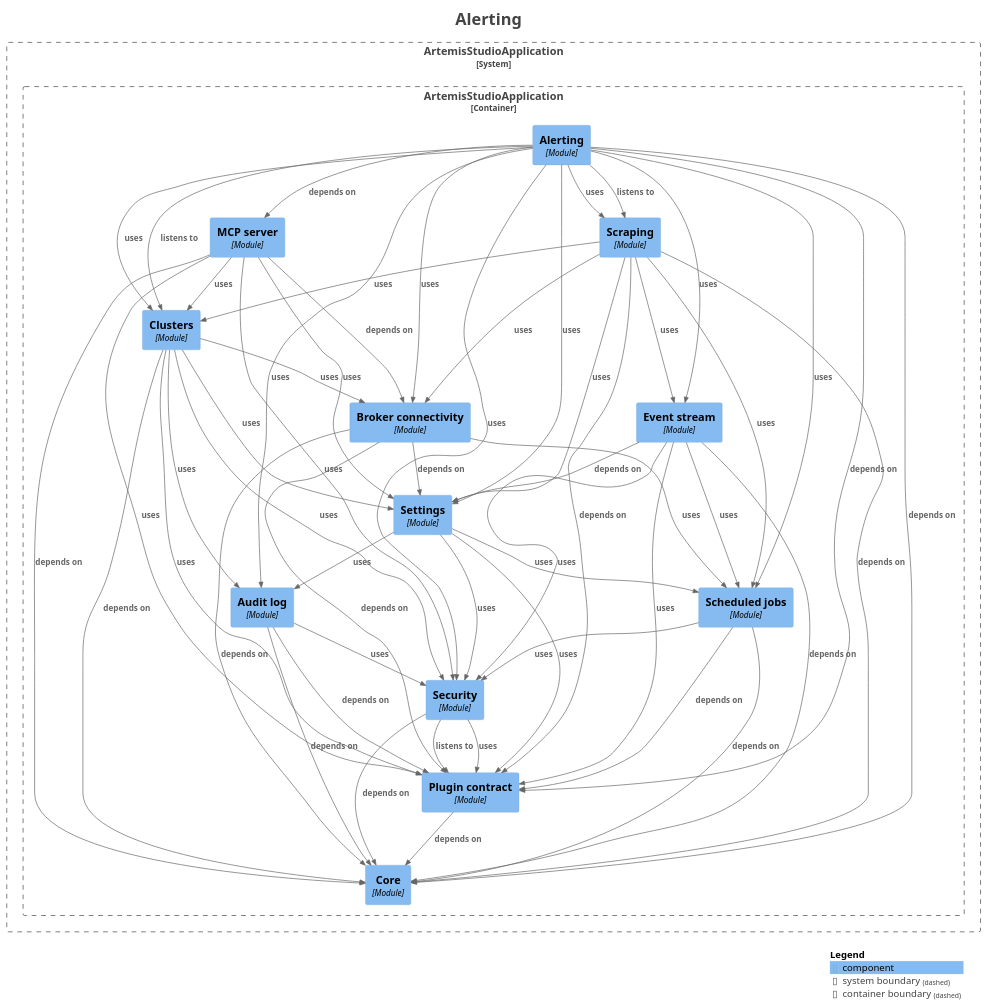
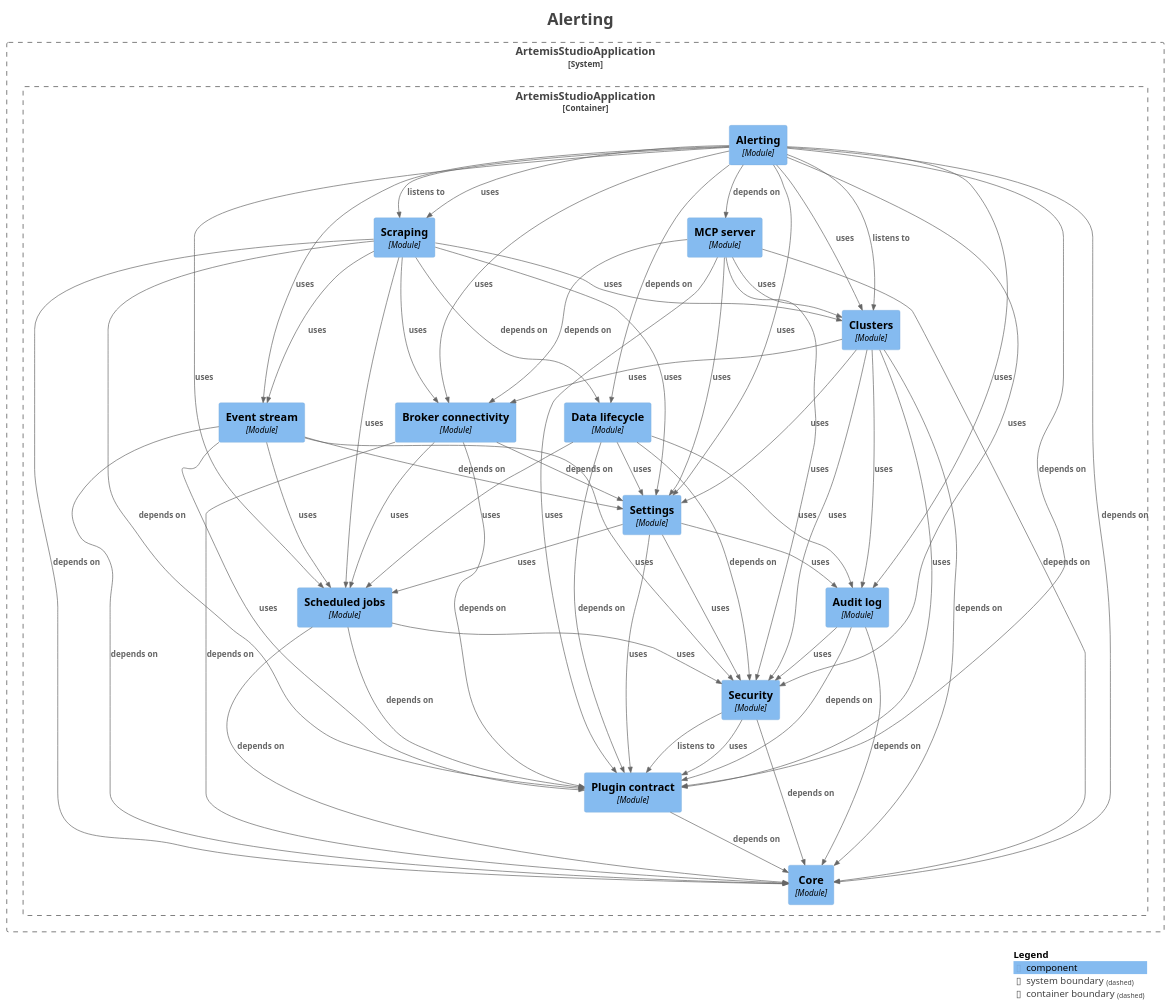
One commit to sudoitir/artemis-studio changed the diagram in docs/modules/module-feature.alerting.puml. Above: the diagram before and after it, drawn with PlantUML. The commit also changed 96 other files, not shown here.

```diff
--- a/docs/modules/module-feature.alerting.puml
+++ b/docs/modules/module-feature.alerting.puml
@@ -1,94 +1,102 @@
 @startuml
 title <size:24>Alerting</size>
 
 set separator none
 top to bottom direction
 
 <style>
   root {
     BackgroundColor: #ffffff
     FontColor: #444444
   }
 </style>
 
 !include <C4/C4>
 !include <C4/C4_Context>
 !include <C4/C4_Component>
 
 System_Boundary("ArtemisStudioApplication_boundary", "ArtemisStudioApplication", $tags="") {
   Container_Boundary("ArtemisStudioApplication.ArtemisStudioApplication_boundary", "ArtemisStudioApplication", $tags="") {
     Component(ArtemisStudioApplication.ArtemisStudioApplication.Settings, "Settings", $techn="Module", $descr="", $tags="", $link="")
+    Component(ArtemisStudioApplication.ArtemisStudioApplication.Datalifecycle, "Data lifecycle", $techn="Module", $descr="", $tags="", $link="")
     Component(ArtemisStudioApplication.ArtemisStudioApplication.Eventstream, "Event stream", $techn="Module", $descr="", $tags="", $link="")
     Component(ArtemisStudioApplication.ArtemisStudioApplication.Brokerconnectivity, "Broker connectivity", $techn="Module", $descr="", $tags="", $link="")
     Component(ArtemisStudioApplication.ArtemisStudioApplication.Clusters, "Clusters", $techn="Module", $descr="", $tags="", $link="")
     Component(ArtemisStudioApplication.ArtemisStudioApplication.MCPserver, "MCP server", $techn="Module", $descr="", $tags="", $link="")
     Component(ArtemisStudioApplication.ArtemisStudioApplication.Scraping, "Scraping", $techn="Module", $descr="", $tags="", $link="")
     Component(ArtemisStudioApplication.ArtemisStudioApplication.Alerting, "Alerting", $techn="Module", $descr="", $tags="", $link="")
     Component(ArtemisStudioApplication.ArtemisStudioApplication.Core, "Core", $techn="Module", $descr="", $tags="", $link="")
     Component(ArtemisStudioApplication.ArtemisStudioApplication.Plugincontract, "Plugin contract", $techn="Module", $descr="", $tags="", $link="")
     Component(ArtemisStudioApplication.ArtemisStudioApplication.Security, "Security", $techn="Module", $descr="", $tags="", $link="")
     Component(ArtemisStudioApplication.ArtemisStudioApplication.Auditlog, "Audit log", $techn="Module", $descr="", $tags="", $link="")
     Component(ArtemisStudioApplication.ArtemisStudioApplication.Scheduledjobs, "Scheduled jobs", $techn="Module", $descr="", $tags="", $link="")
   }
 
 }
 
 Rel(ArtemisStudioApplication.ArtemisStudioApplication.Alerting, ArtemisStudioApplication.ArtemisStudioApplication.Auditlog, "uses", $techn="", $tags="", $link="")
 Rel(ArtemisStudioApplication.ArtemisStudioApplication.Alerting, ArtemisStudioApplication.ArtemisStudioApplication.Brokerconnectivity, "uses", $techn="", $tags="", $link="")
 Rel(ArtemisStudioApplication.ArtemisStudioApplication.Alerting, ArtemisStudioApplication.ArtemisStudioApplication.Clusters, "listens to", $techn="", $tags="", $link="")
 Rel(ArtemisStudioApplication.ArtemisStudioApplication.Alerting, ArtemisStudioApplication.ArtemisStudioApplication.Clusters, "uses", $techn="", $tags="", $link="")
 Rel(ArtemisStudioApplication.ArtemisStudioApplication.Alerting, ArtemisStudioApplication.ArtemisStudioApplication.Core, "depends on", $techn="", $tags="", $link="")
+Rel(ArtemisStudioApplication.ArtemisStudioApplication.Alerting, ArtemisStudioApplication.ArtemisStudioApplication.Datalifecycle, "depends on", $techn="", $tags="", $link="")
 Rel(ArtemisStudioApplication.ArtemisStudioApplication.Alerting, ArtemisStudioApplication.ArtemisStudioApplication.Eventstream, "uses", $techn="", $tags="", $link="")
 Rel(ArtemisStudioApplication.ArtemisStudioApplication.Alerting, ArtemisStudioApplication.ArtemisStudioApplication.MCPserver, "depends on", $techn="", $tags="", $link="")
 Rel(ArtemisStudioApplication.ArtemisStudioApplication.Alerting, ArtemisStudioApplication.ArtemisStudioApplication.Plugincontract, "depends on", $techn="", $tags="", $link="")
 Rel(ArtemisStudioApplication.ArtemisStudioApplication.Alerting, ArtemisStudioApplication.ArtemisStudioApplication.Scheduledjobs, "uses", $techn="", $tags="", $link="")
 Rel(ArtemisStudioApplication.ArtemisStudioApplication.Alerting, ArtemisStudioApplication.ArtemisStudioApplication.Scraping, "listens to", $techn="", $tags="", $link="")
 Rel(ArtemisStudioApplication.ArtemisStudioApplication.Alerting, ArtemisStudioApplication.ArtemisStudioApplication.Scraping, "uses", $techn="", $tags="", $link="")
 Rel(ArtemisStudioApplication.ArtemisStudioApplication.Alerting, ArtemisStudioApplication.ArtemisStudioApplication.Security, "uses", $techn="", $tags="", $link="")
 Rel(ArtemisStudioApplication.ArtemisStudioApplication.Alerting, ArtemisStudioApplication.ArtemisStudioApplication.Settings, "uses", $techn="", $tags="", $link="")
 Rel(ArtemisStudioApplication.ArtemisStudioApplication.Auditlog, ArtemisStudioApplication.ArtemisStudioApplication.Core, "depends on", $techn="", $tags="", $link="")
 Rel(ArtemisStudioApplication.ArtemisStudioApplication.Auditlog, ArtemisStudioApplication.ArtemisStudioApplication.Plugincontract, "depends on", $techn="", $tags="", $link="")
 Rel(ArtemisStudioApplication.ArtemisStudioApplication.Auditlog, ArtemisStudioApplication.ArtemisStudioApplication.Security, "uses", $techn="", $tags="", $link="")
 Rel(ArtemisStudioApplication.ArtemisStudioApplication.Brokerconnectivity, ArtemisStudioApplication.ArtemisStudioApplication.Core, "depends on", $techn="", $tags="", $link="")
 Rel(ArtemisStudioApplication.ArtemisStudioApplication.Brokerconnectivity, ArtemisStudioApplication.ArtemisStudioApplication.Plugincontract, "depends on", $techn="", $tags="", $link="")
 Rel(ArtemisStudioApplication.ArtemisStudioApplication.Brokerconnectivity, ArtemisStudioApplication.ArtemisStudioApplication.Scheduledjobs, "uses", $techn="", $tags="", $link="")
 Rel(ArtemisStudioApplication.ArtemisStudioApplication.Brokerconnectivity, ArtemisStudioApplication.ArtemisStudioApplication.Settings, "depends on", $techn="", $tags="", $link="")
 Rel(ArtemisStudioApplication.ArtemisStudioApplication.Clusters, ArtemisStudioApplication.ArtemisStudioApplication.Auditlog, "uses", $techn="", $tags="", $link="")
 Rel(ArtemisStudioApplication.ArtemisStudioApplication.Clusters, ArtemisStudioApplication.ArtemisStudioApplication.Brokerconnectivity, "uses", $techn="", $tags="", $link="")
 Rel(ArtemisStudioApplication.ArtemisStudioApplication.Clusters, ArtemisStudioApplication.ArtemisStudioApplication.Core, "depends on", $techn="", $tags="", $link="")
 Rel(ArtemisStudioApplication.ArtemisStudioApplication.Clusters, ArtemisStudioApplication.ArtemisStudioApplication.Plugincontract, "uses", $techn="", $tags="", $link="")
 Rel(ArtemisStudioApplication.ArtemisStudioApplication.Clusters, ArtemisStudioApplication.ArtemisStudioApplication.Security, "uses", $techn="", $tags="", $link="")
 Rel(ArtemisStudioApplication.ArtemisStudioApplication.Clusters, ArtemisStudioApplication.ArtemisStudioApplication.Settings, "uses", $techn="", $tags="", $link="")
+Rel(ArtemisStudioApplication.ArtemisStudioApplication.Datalifecycle, ArtemisStudioApplication.ArtemisStudioApplication.Auditlog, "uses", $techn="", $tags="", $link="")
+Rel(ArtemisStudioApplication.ArtemisStudioApplication.Datalifecycle, ArtemisStudioApplication.ArtemisStudioApplication.Plugincontract, "depends on", $techn="", $tags="", $link="")
+Rel(ArtemisStudioApplication.ArtemisStudioApplication.Datalifecycle, ArtemisStudioApplication.ArtemisStudioApplication.Scheduledjobs, "uses", $techn="", $tags="", $link="")
+Rel(ArtemisStudioApplication.ArtemisStudioApplication.Datalifecycle, ArtemisStudioApplication.ArtemisStudioApplication.Security, "depends on", $techn="", $tags="", $link="")
+Rel(ArtemisStudioApplication.ArtemisStudioApplication.Datalifecycle, ArtemisStudioApplication.ArtemisStudioApplication.Settings, "uses", $techn="", $tags="", $link="")
 Rel(ArtemisStudioApplication.ArtemisStudioApplication.Eventstream, ArtemisStudioApplication.ArtemisStudioApplication.Core, "depends on", $techn="", $tags="", $link="")
 Rel(ArtemisStudioApplication.ArtemisStudioApplication.Eventstream, ArtemisStudioApplication.ArtemisStudioApplication.Plugincontract, "uses", $techn="", $tags="", $link="")
 Rel(ArtemisStudioApplication.ArtemisStudioApplication.Eventstream, ArtemisStudioApplication.ArtemisStudioApplication.Scheduledjobs, "uses", $techn="", $tags="", $link="")
 Rel(ArtemisStudioApplication.ArtemisStudioApplication.Eventstream, ArtemisStudioApplication.ArtemisStudioApplication.Security, "uses", $techn="", $tags="", $link="")
 Rel(ArtemisStudioApplication.ArtemisStudioApplication.Eventstream, ArtemisStudioApplication.ArtemisStudioApplication.Settings, "depends on", $techn="", $tags="", $link="")
 Rel(ArtemisStudioApplication.ArtemisStudioApplication.MCPserver, ArtemisStudioApplication.ArtemisStudioApplication.Brokerconnectivity, "depends on", $techn="", $tags="", $link="")
 Rel(ArtemisStudioApplication.ArtemisStudioApplication.MCPserver, ArtemisStudioApplication.ArtemisStudioApplication.Clusters, "uses", $techn="", $tags="", $link="")
 Rel(ArtemisStudioApplication.ArtemisStudioApplication.MCPserver, ArtemisStudioApplication.ArtemisStudioApplication.Core, "depends on", $techn="", $tags="", $link="")
 Rel(ArtemisStudioApplication.ArtemisStudioApplication.MCPserver, ArtemisStudioApplication.ArtemisStudioApplication.Plugincontract, "uses", $techn="", $tags="", $link="")
 Rel(ArtemisStudioApplication.ArtemisStudioApplication.MCPserver, ArtemisStudioApplication.ArtemisStudioApplication.Security, "uses", $techn="", $tags="", $link="")
 Rel(ArtemisStudioApplication.ArtemisStudioApplication.MCPserver, ArtemisStudioApplication.ArtemisStudioApplication.Settings, "uses", $techn="", $tags="", $link="")
 Rel(ArtemisStudioApplication.ArtemisStudioApplication.Plugincontract, ArtemisStudioApplication.ArtemisStudioApplication.Core, "depends on", $techn="", $tags="", $link="")
 Rel(ArtemisStudioApplication.ArtemisStudioApplication.Scheduledjobs, ArtemisStudioApplication.ArtemisStudioApplication.Core, "depends on", $techn="", $tags="", $link="")
 Rel(ArtemisStudioApplication.ArtemisStudioApplication.Scheduledjobs, ArtemisStudioApplication.ArtemisStudioApplication.Plugincontract, "depends on", $techn="", $tags="", $link="")
 Rel(ArtemisStudioApplication.ArtemisStudioApplication.Scheduledjobs, ArtemisStudioApplication.ArtemisStudioApplication.Security, "uses", $techn="", $tags="", $link="")
 Rel(ArtemisStudioApplication.ArtemisStudioApplication.Scraping, ArtemisStudioApplication.ArtemisStudioApplication.Brokerconnectivity, "uses", $techn="", $tags="", $link="")
 Rel(ArtemisStudioApplication.ArtemisStudioApplication.Scraping, ArtemisStudioApplication.ArtemisStudioApplication.Clusters, "uses", $techn="", $tags="", $link="")
 Rel(ArtemisStudioApplication.ArtemisStudioApplication.Scraping, ArtemisStudioApplication.ArtemisStudioApplication.Core, "depends on", $techn="", $tags="", $link="")
+Rel(ArtemisStudioApplication.ArtemisStudioApplication.Scraping, ArtemisStudioApplication.ArtemisStudioApplication.Datalifecycle, "depends on", $techn="", $tags="", $link="")
 Rel(ArtemisStudioApplication.ArtemisStudioApplication.Scraping, ArtemisStudioApplication.ArtemisStudioApplication.Eventstream, "uses", $techn="", $tags="", $link="")
 Rel(ArtemisStudioApplication.ArtemisStudioApplication.Scraping, ArtemisStudioApplication.ArtemisStudioApplication.Plugincontract, "depends on", $techn="", $tags="", $link="")
 Rel(ArtemisStudioApplication.ArtemisStudioApplication.Scraping, ArtemisStudioApplication.ArtemisStudioApplication.Scheduledjobs, "uses", $techn="", $tags="", $link="")
 Rel(ArtemisStudioApplication.ArtemisStudioApplication.Scraping, ArtemisStudioApplication.ArtemisStudioApplication.Settings, "uses", $techn="", $tags="", $link="")
 Rel(ArtemisStudioApplication.ArtemisStudioApplication.Security, ArtemisStudioApplication.ArtemisStudioApplication.Core, "depends on", $techn="", $tags="", $link="")
 Rel(ArtemisStudioApplication.ArtemisStudioApplication.Security, ArtemisStudioApplication.ArtemisStudioApplication.Plugincontract, "listens to", $techn="", $tags="", $link="")
 Rel(ArtemisStudioApplication.ArtemisStudioApplication.Security, ArtemisStudioApplication.ArtemisStudioApplication.Plugincontract, "uses", $techn="", $tags="", $link="")
 Rel(ArtemisStudioApplication.ArtemisStudioApplication.Settings, ArtemisStudioApplication.ArtemisStudioApplication.Auditlog, "uses", $techn="", $tags="", $link="")
 Rel(ArtemisStudioApplication.ArtemisStudioApplication.Settings, ArtemisStudioApplication.ArtemisStudioApplication.Plugincontract, "uses", $techn="", $tags="", $link="")
 Rel(ArtemisStudioApplication.ArtemisStudioApplication.Settings, ArtemisStudioApplication.ArtemisStudioApplication.Scheduledjobs, "uses", $techn="", $tags="", $link="")
 Rel(ArtemisStudioApplication.ArtemisStudioApplication.Settings, ArtemisStudioApplication.ArtemisStudioApplication.Security, "uses", $techn="", $tags="", $link="")
 
 SHOW_LEGEND(true)
 hide stereotypes
 @enduml
```
